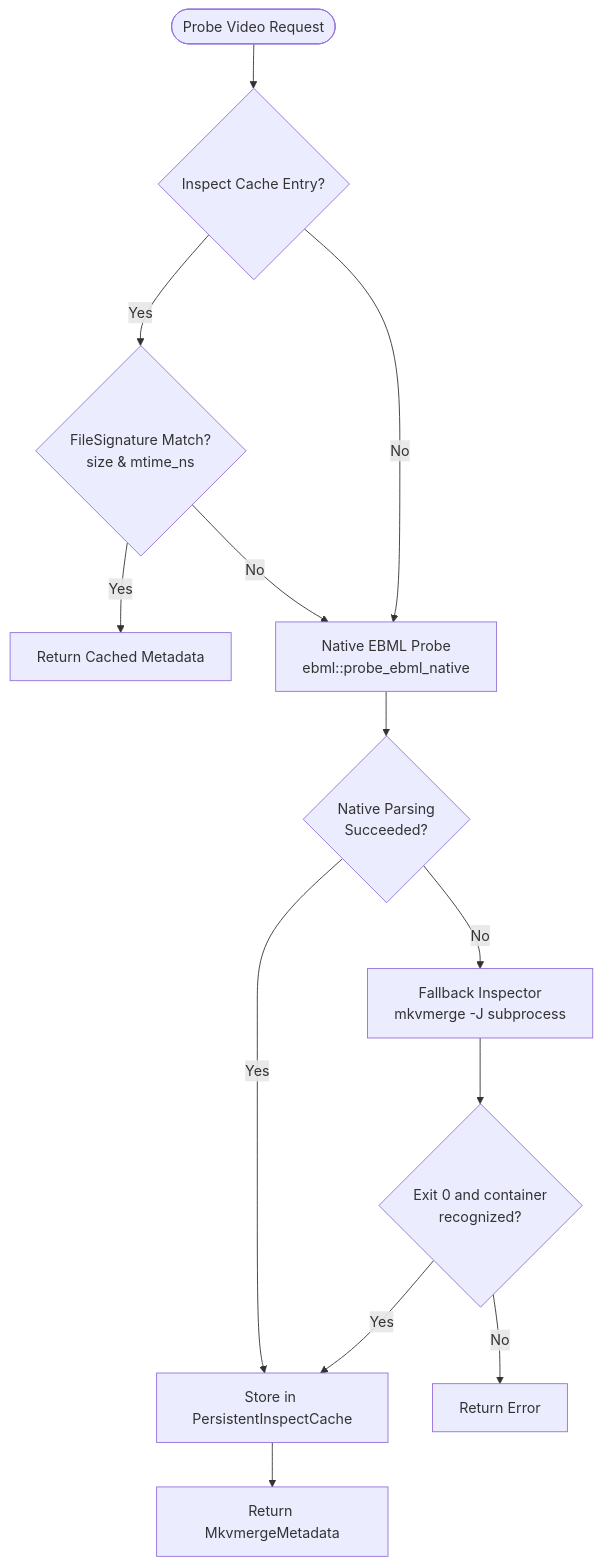
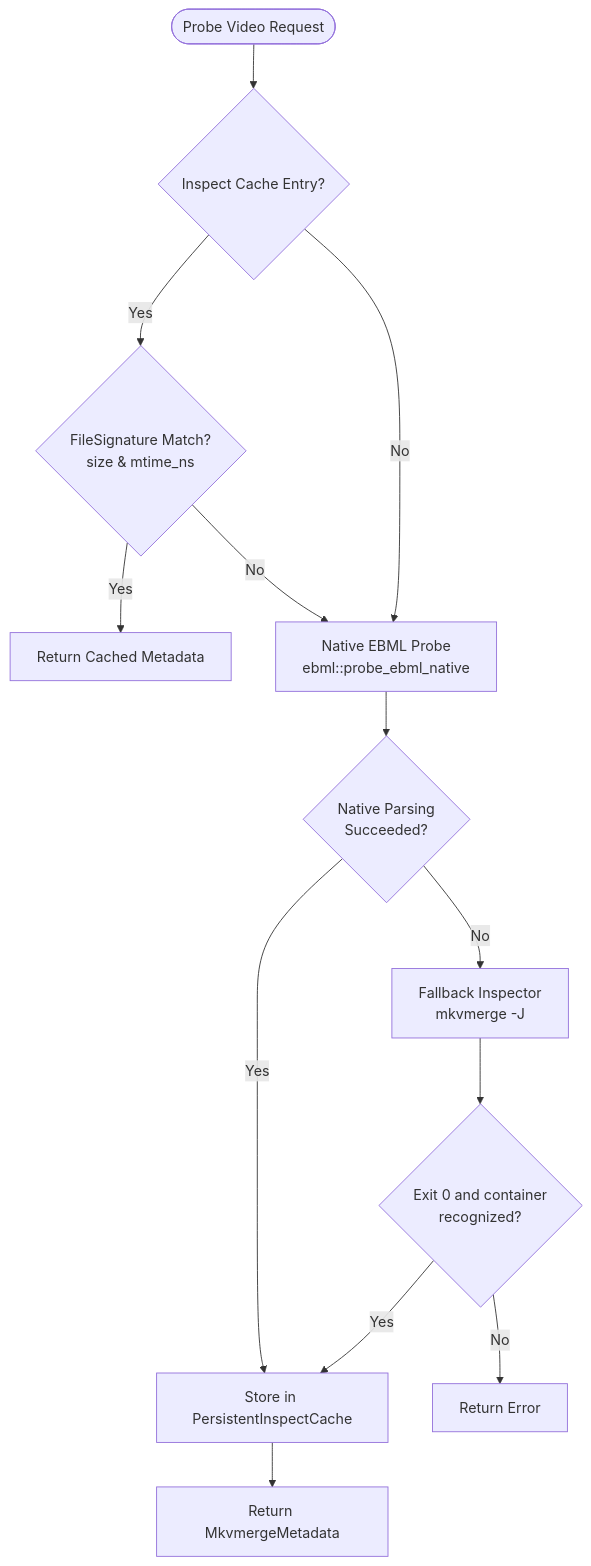
Before and after one commit to Si-Forces/mkvanimebatch: the second of 8 diagrams in architecture.md, drawn with Mermaid. The commit also changed other lines of this file and 18 other files, not shown here.

````diff
--- a/architecture.md
+++ b/architecture.md
@@ -179,18 +180,18 @@
 ```mermaid
 flowchart TD
     Start([Probe Video Request]) --> CacheCheck{Inspect Cache Entry?}
     CacheCheck -- Yes --> ValidateSig{FileSignature Match?\nsize & mtime_ns}
     ValidateSig -- Yes --> ReturnCache[Return Cached Metadata]
     ValidateSig -- No --> NativeProbe[Native EBML Probe\nebml::probe_ebml_native]
     CacheCheck -- No --> NativeProbe
 
     NativeProbe --> CheckSuccess{Native Parsing\nSucceeded?}
     CheckSuccess -- Yes --> StoreCache[Store in PersistentInspectCache]
-    CheckSuccess -- No --> Fallback[Fallback Inspector\nmkvmerge -J subprocess]
+    CheckSuccess -- No --> Fallback[Fallback Inspector\nmkvmerge -J]
 
     Fallback --> CheckMKS{Exit 0 and container\nrecognized?}
     CheckMKS -- Yes --> StoreCache
     CheckMKS -- No --> ReturnErr[Return Error]
 
     StoreCache --> ReturnMeta[Return MkvmergeMetadata]
 ```
````
